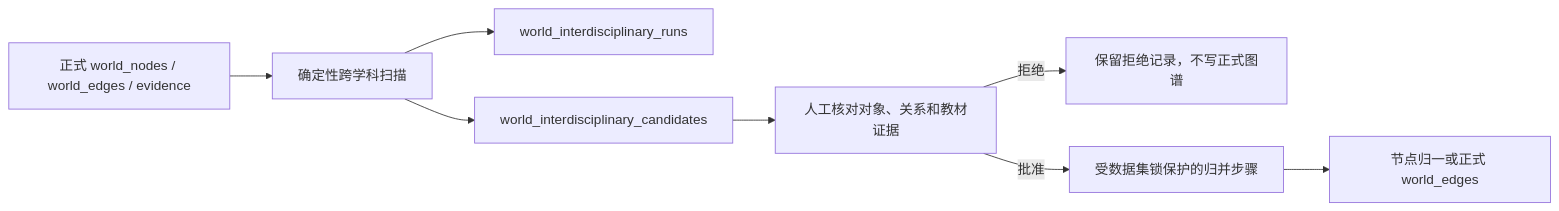
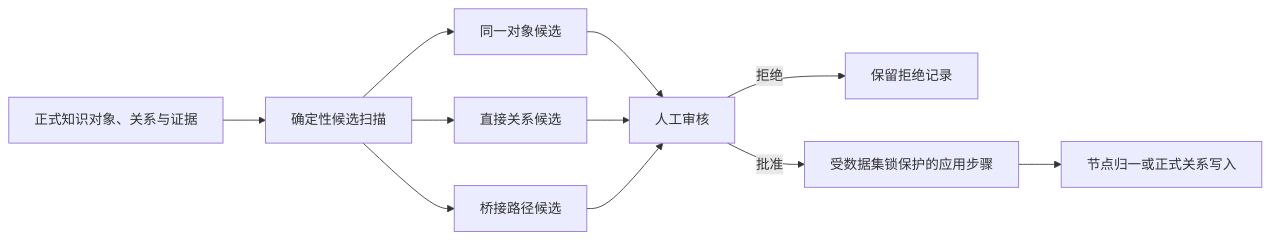
One commit to Titan-Frank/InnoKnowledge changed the diagram in docs/interdisciplinary-knowledge-network.md. Above: the diagram before and after it, drawn with Mermaid. The commit also changed other lines of this file and 129 other files, not shown here.

````diff
--- a/docs/interdisciplinary-knowledge-network.md
+++ b/docs/interdisciplinary-knowledge-network.md
@@ -18,10 +27,13 @@
 ```mermaid
 flowchart LR
-  A["正式 world_nodes / world_edges / evidence"] --> B["确定性跨学科扫描"]
-  B --> C["world_interdisciplinary_runs"]
-  B --> D["world_interdisciplinary_candidates"]
-  D --> E["人工核对对象、关系和教材证据"]
-  E -->|拒绝| F["保留拒绝记录，不写正式图谱"]
-  E -->|批准| G["受数据集锁保护的归并步骤"]
-  G --> H["节点归一或正式 world_edges"]
+  A["正式知识对象、关系与证据"] --> B["确定性候选扫描"]
+  B --> C["同一对象候选"]
+  B --> D["直接关系候选"]
+  B --> E["桥接路径候选"]
+  C --> F["人工审核"]
+  D --> F
+  E --> F
+  F -->|拒绝| G["保留拒绝记录"]
+  F -->|批准| H["受数据集锁保护的应用步骤"]
+  H --> I["节点归一或正式关系写入"]
 ```
````
